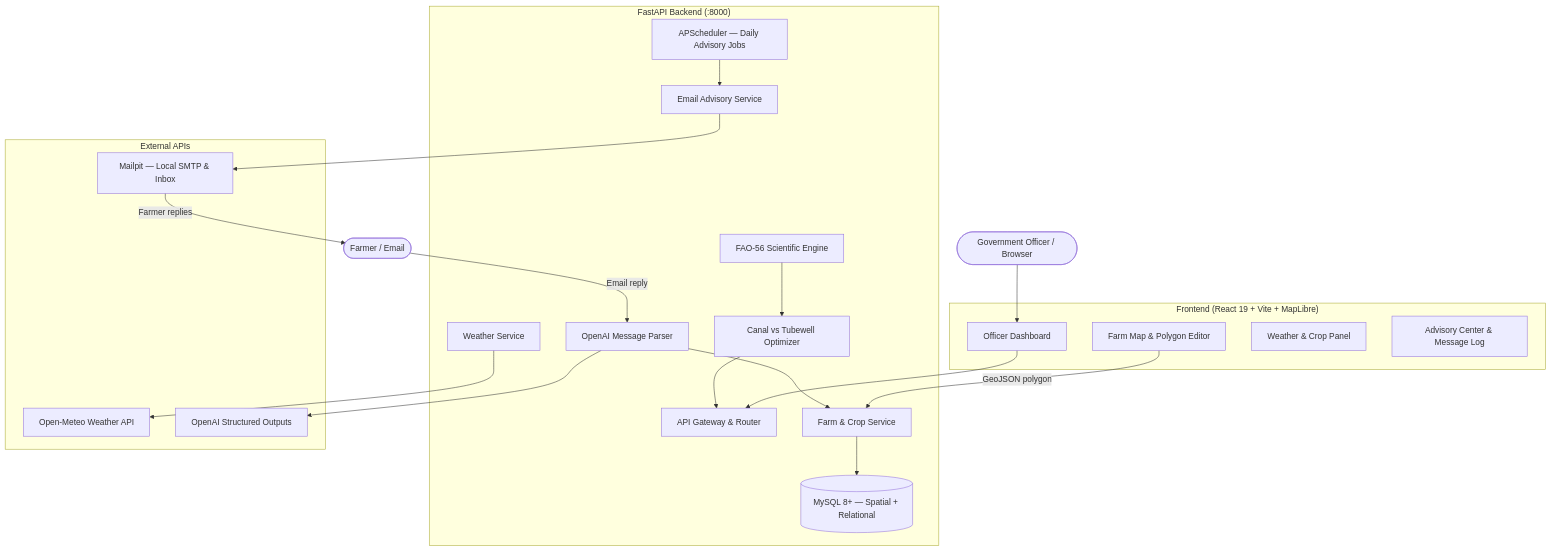
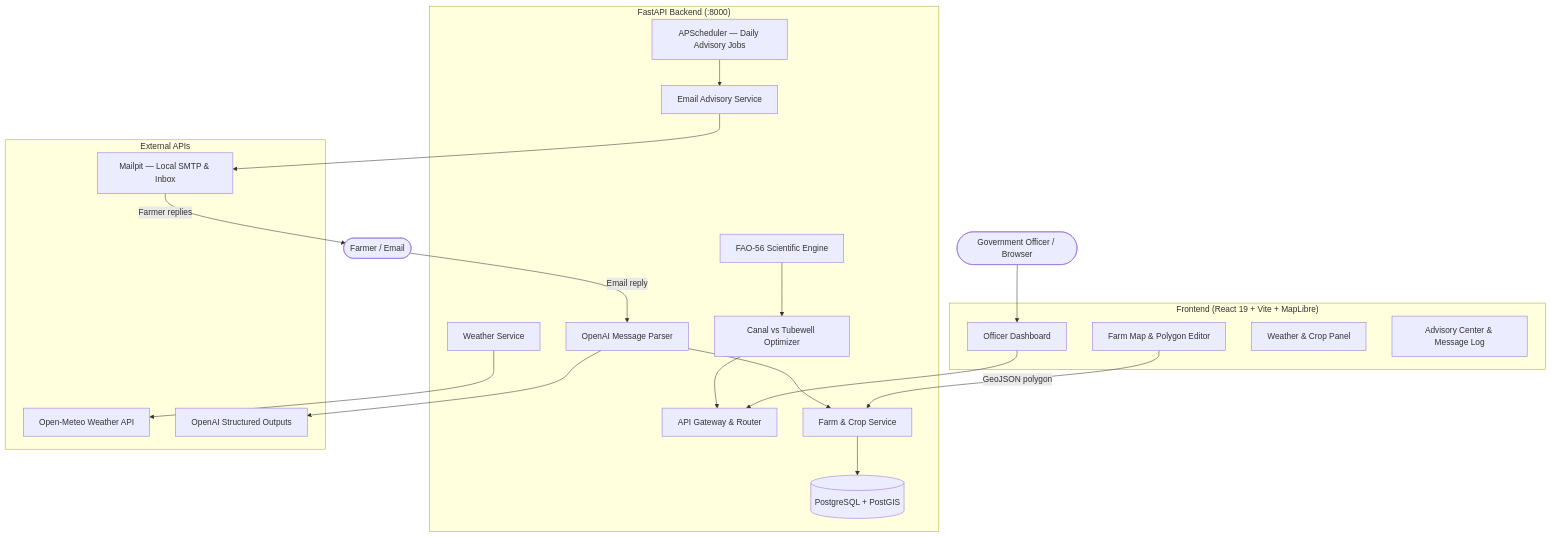
One commit to hashamtanveer-41/AquaProof_Pakistan changed the diagram in README.md. Above: the diagram before and after it, drawn with Mermaid. The commit also changed other lines of this file and 30 other files, not shown here.

````diff
--- a/README.md
+++ b/README.md
@@ -96,44 +96,44 @@
 ```mermaid
 flowchart TD
     Officer([Government Officer / Browser])
     Farmer([Farmer / Email])
 
     subgraph Frontend ["Frontend (React 19 + Vite + MapLibre)"]
         Dashboard[Officer Dashboard]
         MapEditor[Farm Map & Polygon Editor]
         WeatherPanel[Weather & Crop Panel]
         AdvisoryUI[Advisory Center & Message Log]
     end
 
     subgraph Backend ["FastAPI Backend (:8000)"]
         Router[API Gateway & Router]
         FarmSvc[Farm & Crop Service]
         SciEngine[FAO-56 Scientific Engine]
         Optimizer[Canal vs Tubewell Optimizer]
         WeatherSvc[Weather Service]
         AISvc[OpenAI Message Parser]
         EmailSvc[Email Advisory Service]
         Scheduler[APScheduler — Daily Advisory Jobs]
-        DB[(MySQL 8+ — Spatial + Relational)]
+        DB[(PostgreSQL + PostGIS)]
     end
 
     subgraph External ["External APIs"]
         OpenMeteo[Open-Meteo Weather API]
         OpenAI[OpenAI Structured Outputs]
         Mailpit[Mailpit — Local SMTP & Inbox]
     end
 
     Officer --> Dashboard
     Dashboard --> Router
     MapEditor -->|GeoJSON polygon| FarmSvc
     FarmSvc --> DB
     WeatherSvc --> OpenMeteo
     SciEngine --> Optimizer
     Optimizer --> Router
     Scheduler --> EmailSvc
     EmailSvc --> Mailpit
     Mailpit -->|Farmer replies| Farmer
     Farmer -->|Email reply| AISvc
     AISvc --> OpenAI
     AISvc --> FarmSvc
 ```
````
